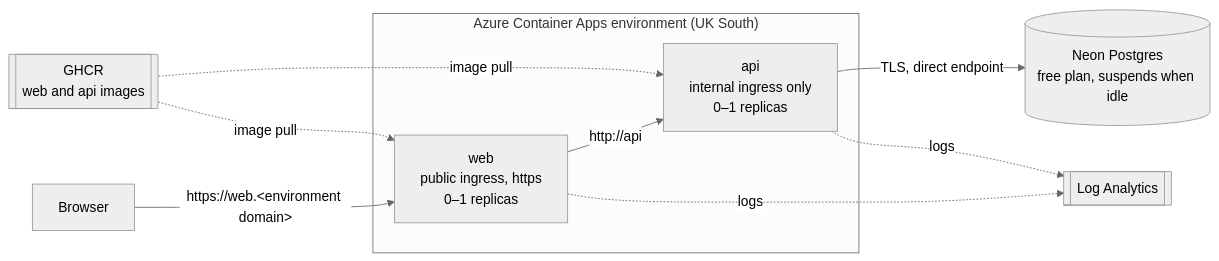
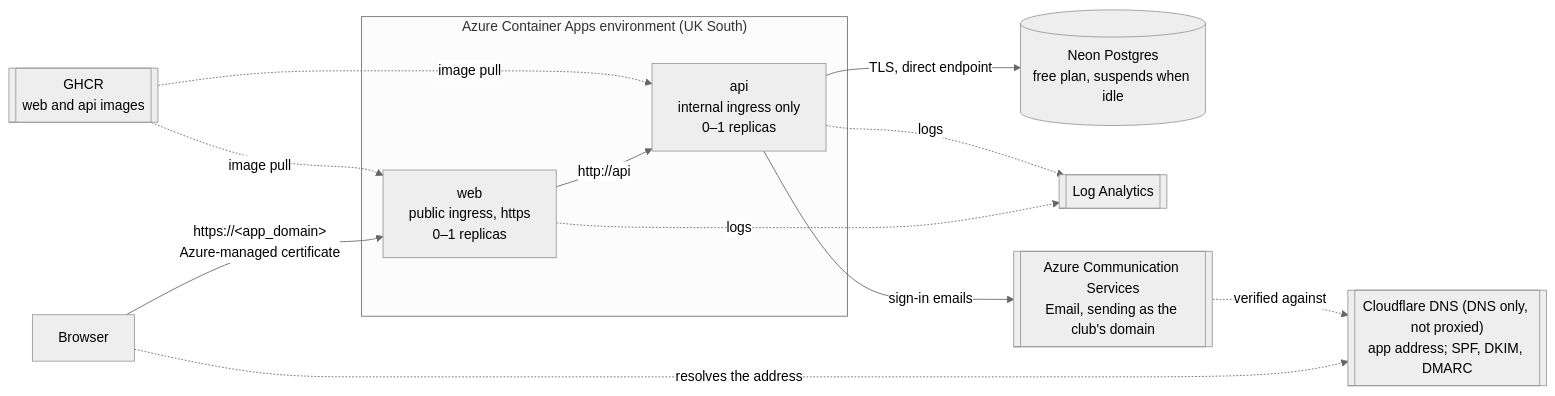
Before and after one commit to l1em1on1/social-tennis: the seventh of 11 diagrams in docs/architecture.md, drawn with Mermaid (neutral theme). The commit also changed other lines of this file and 36 other files, not shown here.

First line of the commit message:
Magic links by email and the app at hitsandgiggles.co.uk over https (#19) (#82)

````diff
--- a/docs/architecture.md
+++ b/docs/architecture.md
@@ -277,17 +284,22 @@
 ```mermaid
 flowchart LR
     B[Browser]
     subgraph aca ["Azure Container Apps environment (UK South)"]
         W["web<br/>public ingress, https<br/>0–1 replicas"]
         A["api<br/>internal ingress only<br/>0–1 replicas"]
     end
     N[("Neon Postgres<br/>free plan, suspends when idle")]
     G[["GHCR<br/>web and api images"]]
     L[["Log Analytics"]]
+    M[["Azure Communication Services<br/>Email, sending as the club's domain"]]
+    C[["Cloudflare DNS (DNS only, not proxied)<br/>app address; SPF, DKIM, DMARC"]]
 
-    B -->|"https://web.&lt;environment domain&gt;"| W
+    B -->|"https://&lt;app_domain&gt;<br/>Azure-managed certificate"| W
+    B -.->|"resolves the address"| C
     W -->|"http://api"| A
     A -->|"TLS, direct endpoint"| N
     G -.->|"image pull"| W & A
     W & A -.->|"logs"| L
+    A -->|"sign-in emails"| M
+    M -.->|"verified against"| C
 ```
````
